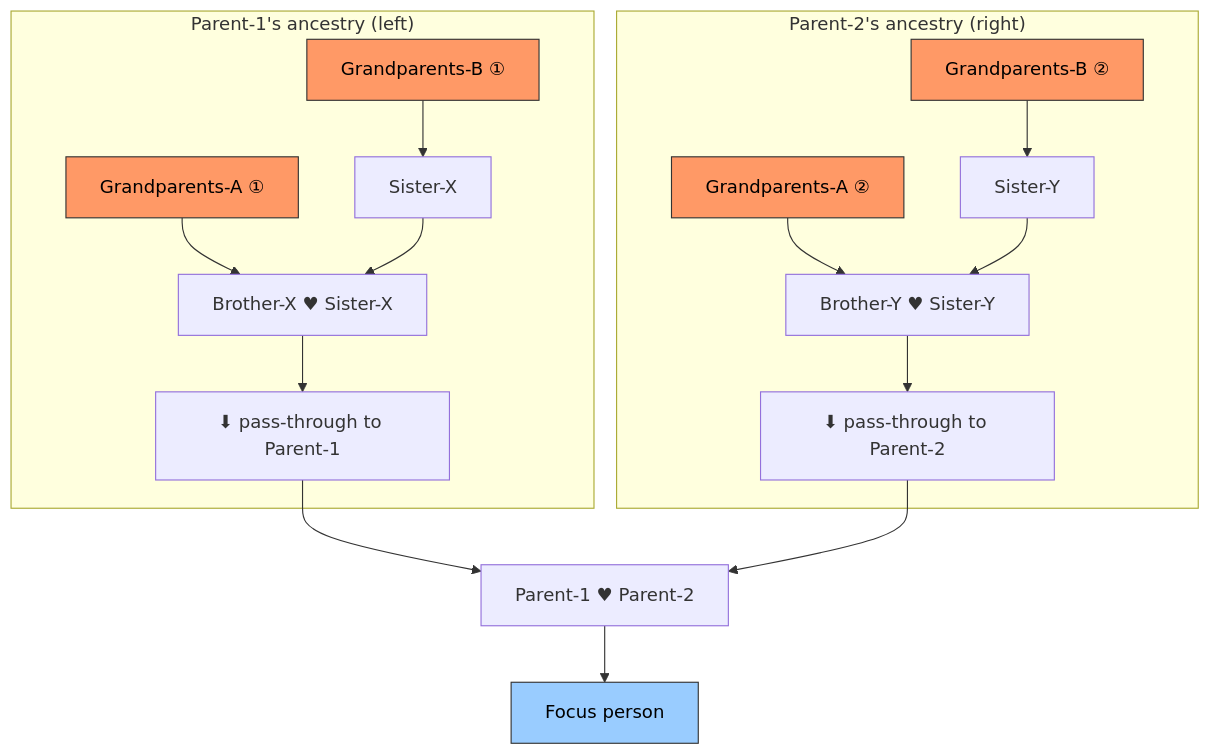
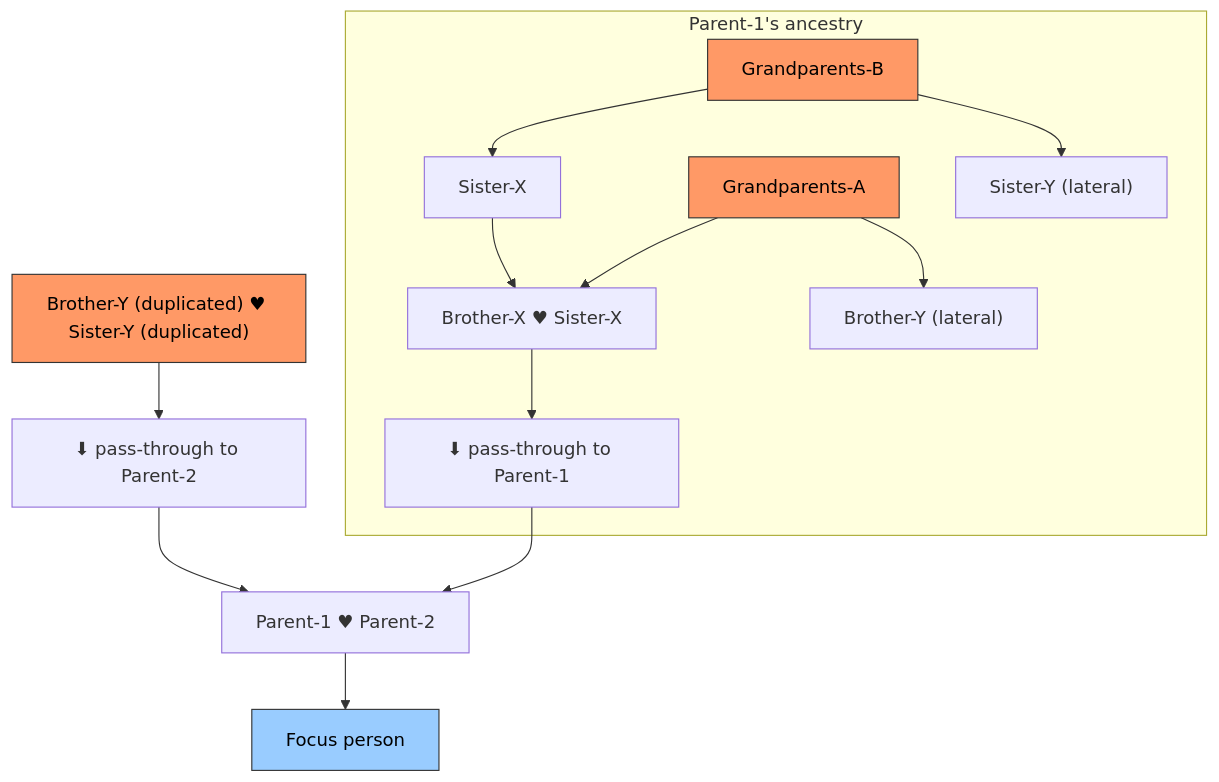
The ninth of 13 diagrams in lib/ancestry/people/CLAUDE.md (san650/ancestry), drawn with Mermaid before and after one commit. The commit also changed other lines of this file, not shown here.

````diff
--- a/lib/ancestry/people/CLAUDE.md
+++ b/lib/ancestry/people/CLAUDE.md
@@ -247,30 +245,25 @@
 ```mermaid
 flowchart TD
-    subgraph p1_side ["Parent-1's ancestry (left)"]
-        GPA1["Grandparents-A ①"]
-        GPB1["Grandparents-B ①"]
-        GPA1 --> BX1["Brother-X ♥ Sister-X"]
-        GPB1 --> SX1["Sister-X"]
+    subgraph left ["Parent-1's ancestry"]
+        GPA["Grandparents-A"]
+        GPB["Grandparents-B"]
+        GPA --> BX1["Brother-X ♥ Sister-X"]
+        GPA --> BY_lat["Brother-Y (lateral)"]
+        GPB --> SX1["Sister-X"]
+        GPB --> SY_lat["Sister-Y (lateral)"]
         SX1 --> BX1
         BX1 --> P1_pt["⬇ pass-through to Parent-1"]
     end
 
-    subgraph p2_side ["Parent-2's ancestry (right)"]
-        GPA2["Grandparents-A ②"]
-        GPB2["Grandparents-B ②"]
-        GPA2 --> BY1["Brother-Y ♥ Sister-Y"]
-        GPB2 --> SY1["Sister-Y"]
-        SY1 --> BY1
-        BY1 --> P2_pt["⬇ pass-through to Parent-2"]
-    end
+    BY_dup["Brother-Y (duplicated) ♥ Sister-Y (duplicated)"]
+    BY_dup --> P2_pt["⬇ pass-through to Parent-2"]
 
     P1_pt --> ML["Parent-1 ♥ Parent-2"]
     P2_pt --> ML
     ML --> Focus["Focus person"]
 
-    style GPA1 fill:#f96,stroke:#333,color:#000
-    style GPA2 fill:#f96,stroke:#333,color:#000
-    style GPB1 fill:#f96,stroke:#333,color:#000
-    style GPB2 fill:#f96,stroke:#333,color:#000
+    style GPA fill:#f96,stroke:#333,color:#000
+    style GPB fill:#f96,stroke:#333,color:#000
+    style BY_dup fill:#f96,stroke:#333,color:#000
     style Focus fill:#9cf,stroke:#333,color:#000
 ```
````
